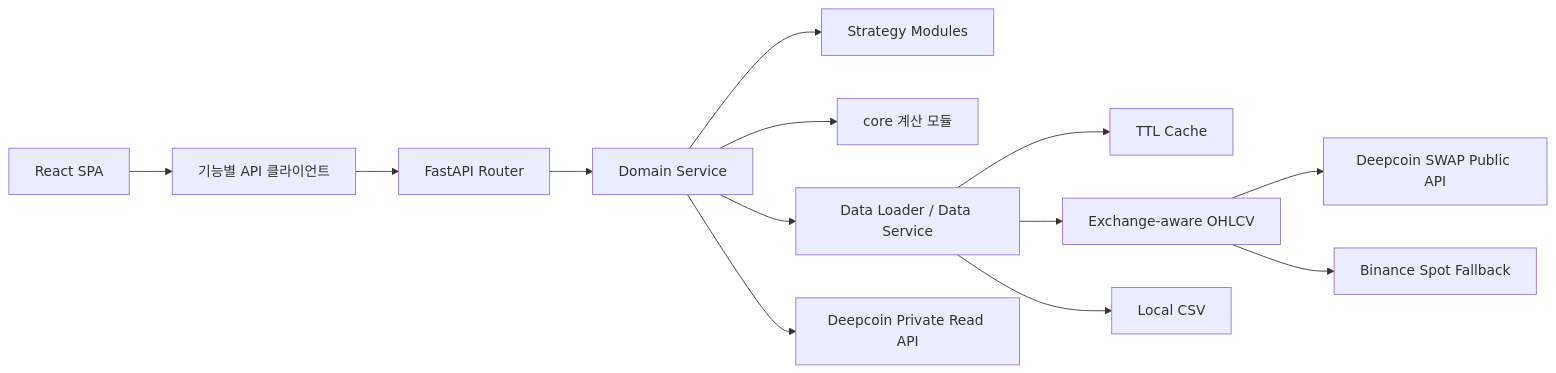
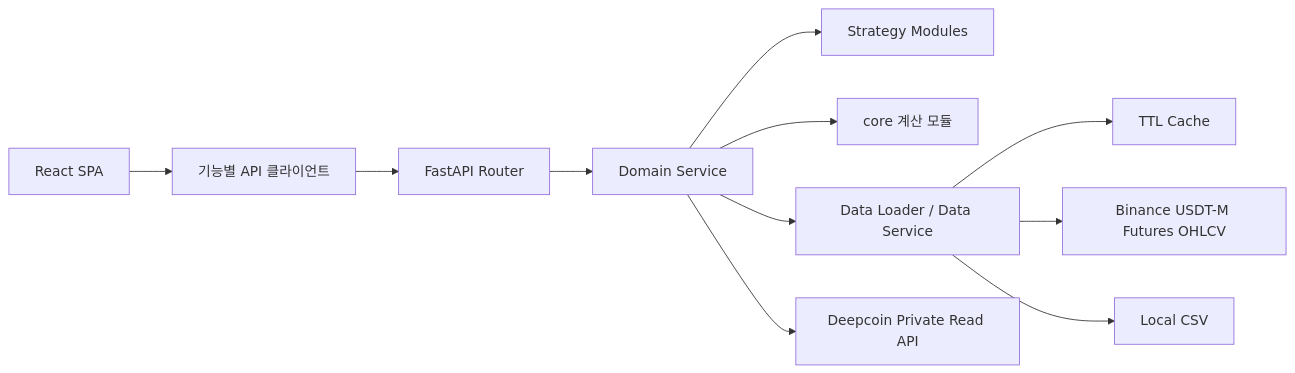
Before and after one commit to alfredcho91-ux/Quant-Lab: the diagram in ARCHITECTURE.md, drawn with Mermaid. The commit also changed other lines of this file and 11 other files, not shown here.

````diff
--- a/ARCHITECTURE.md
+++ b/ARCHITECTURE.md
@@ -7,15 +7,13 @@
 ```mermaid
 flowchart LR
     UI[React SPA] --> API[기능별 API 클라이언트]
     API --> R[FastAPI Router]
     R --> S[Domain Service]
     S --> ST[Strategy Modules]
     S --> C[core 계산 모듈]
     S --> D[Data Loader / Data Service]
     D --> CACHE[TTL Cache]
-    D --> EXCHANGE[Exchange-aware OHLCV]
-    EXCHANGE --> DEEPCOIN_PUBLIC[Deepcoin SWAP Public API]
-    EXCHANGE --> BINANCE[Binance Spot Fallback]
+    D --> BINANCE[Binance USDT-M Futures OHLCV]
     D --> CSV[Local CSV]
     S --> DEEPCOIN[Deepcoin Private Read API]
 ```
````
